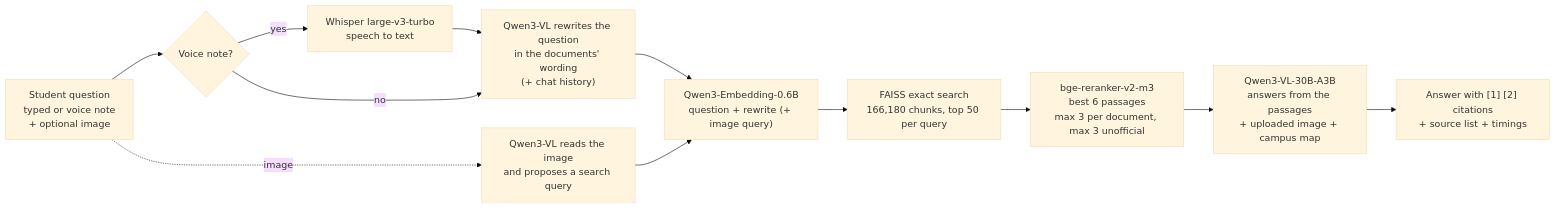
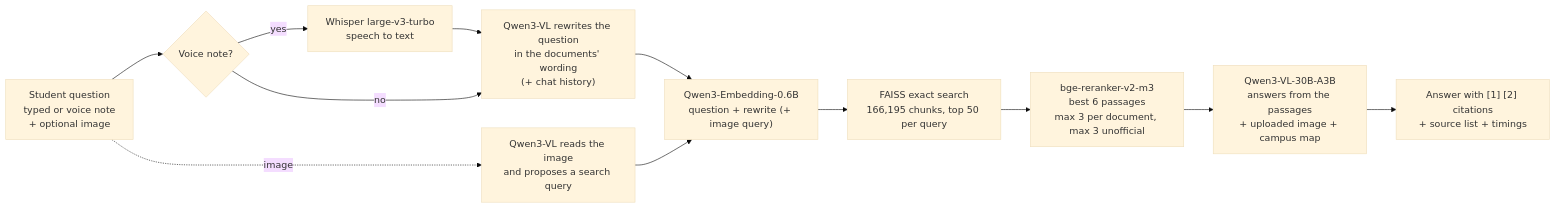
One commit to shreshav2404-code/itw_pu_chatbot-with-RAG-implemenattion changed the first of 2 diagrams in README.md. Above: the diagram before and after it, drawn with Mermaid (base theme). The commit also changed other lines of this file and 4 other files, not shown here.

````diff
--- a/README.md
+++ b/README.md
@@ -55,13 +55,13 @@
 ```mermaid
 flowchart LR
     Q["Student question<br/>typed or voice note<br/>+ optional image"] --> W{"Voice note?"}
     W -- yes --> ASR["Whisper large-v3-turbo<br/>speech to text"] --> RW
     W -- no --> RW["Qwen3-VL rewrites the question<br/>in the documents' wording<br/>(+ chat history)"]
     Q -. image .-> IMG["Qwen3-VL reads the image<br/>and proposes a search query"]
     RW --> EMB["Qwen3-Embedding-0.6B<br/>question + rewrite (+ image query)"]
     IMG --> EMB
-    EMB --> F["FAISS exact search<br/>166,180 chunks, top 50 per query"]
+    EMB --> F["FAISS exact search<br/>166,195 chunks, top 50 per query"]
     F --> RR["bge-reranker-v2-m3<br/>best 6 passages<br/>max 3 per document, max 3 unofficial"]
     RR --> LLM["Qwen3-VL-30B-A3B<br/>answers from the passages<br/>+ uploaded image + campus map"]
     LLM --> A["Answer with [1] [2] citations<br/>+ source list + timings"]
 ```
````
